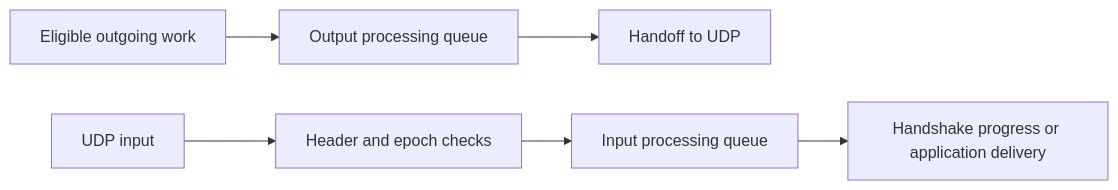
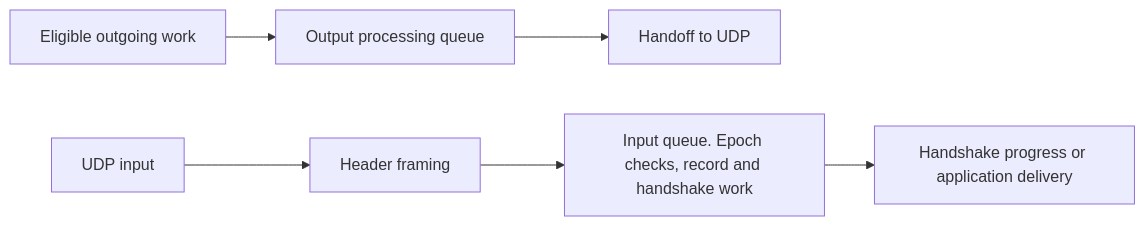
Before and after one commit to inet-framework/inet: the fifth of 6 diagrams in plan/done/dtls-summary.md, drawn with Mermaid. The commit also changed other lines of this file and 26 other files, not shown here.

````diff
--- a/plan/done/dtls-summary.md
+++ b/plan/done/dtls-summary.md
@@ -134,8 +134,8 @@
 ```mermaid
 flowchart LR
     Send["Eligible outgoing work"] --> Out["Output processing queue"]
     Out --> Handoff["Handoff to UDP"]
-    Input["UDP input"] --> Check["Header and epoch checks"]
-    Check --> In["Input processing queue"]
+    Input["UDP input"] --> Check["Header framing"]
+    Check --> In["Input queue. Epoch checks, record and handshake work"]
     In --> Deliver["Handshake progress or application delivery"]
 ```
````
